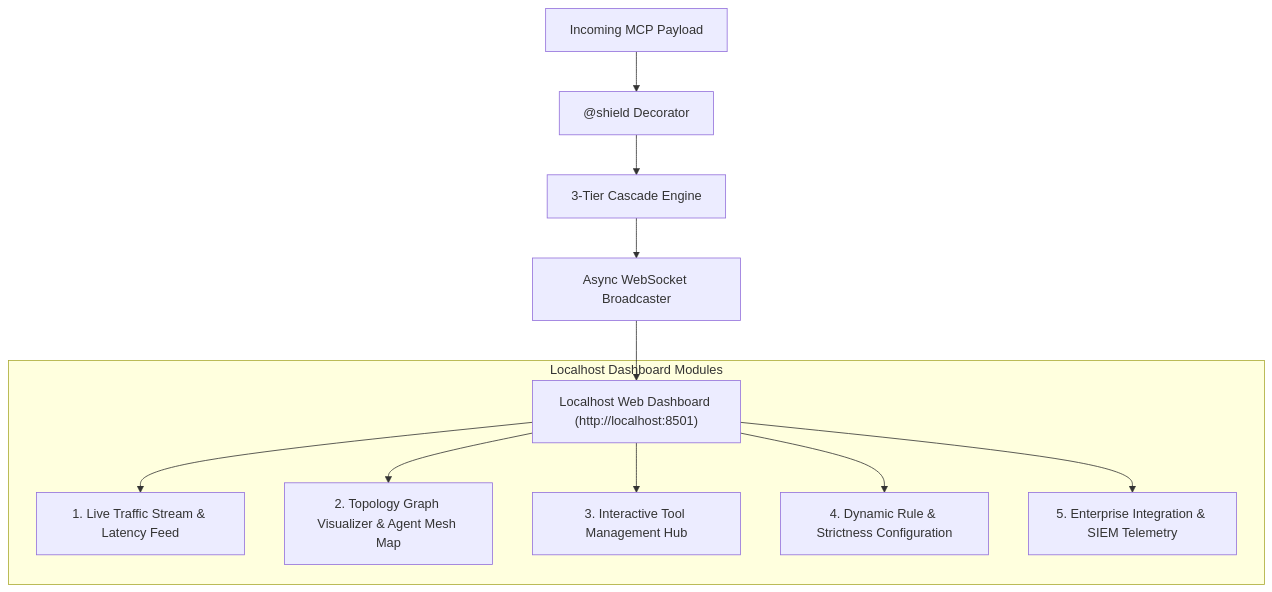
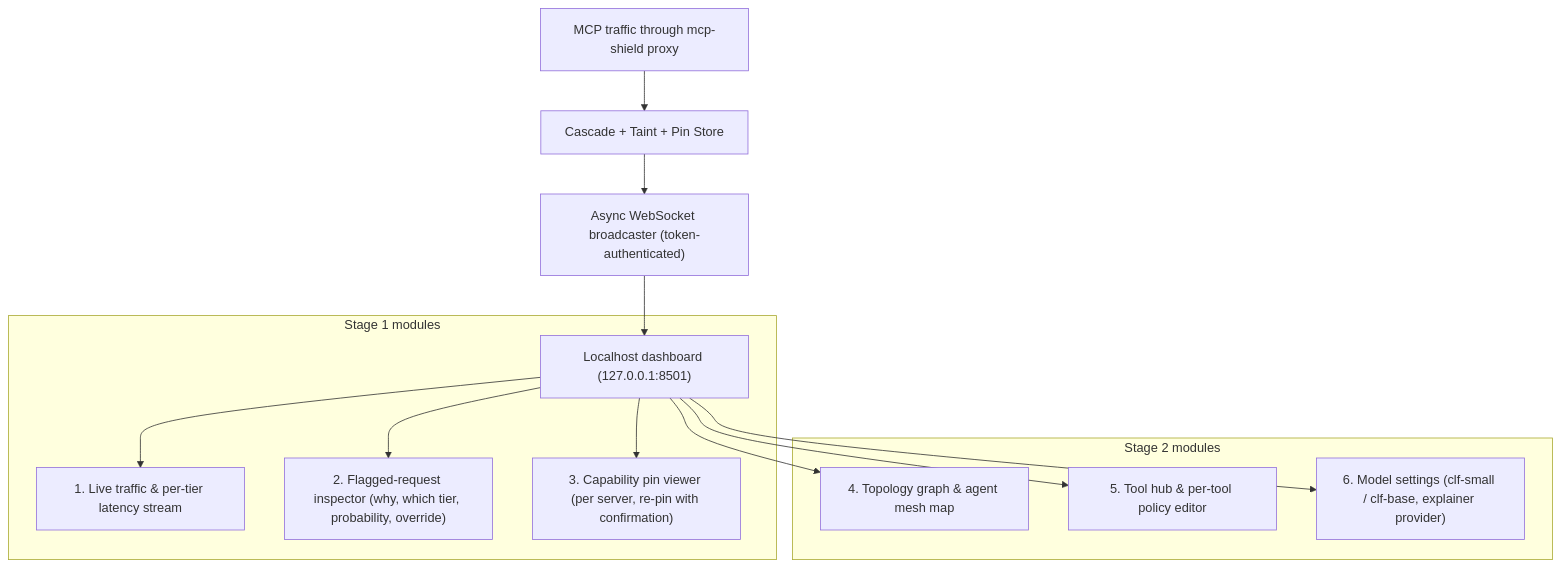
One commit to rishikeshvarma/MCP-Shield changed the first of 5 diagrams in 07 - Model Distribution, PyPI Packaging & Local Dashboard.md. Above: the diagram before and after it, drawn with Mermaid. The commit also changed other lines of this file and 10 other files, not shown here.

````diff
--- a/07 - Model Distribution, PyPI Packaging & Local Dashboard.md
+++ b/07 - Model Distribution, PyPI Packaging & Local Dashboard.md
@@ -91,15 +100,17 @@
 ```mermaid
 graph TD
-    AgentTraffic["Incoming MCP Payload"] --> Decorator["@shield Decorator"]
-    Decorator --> Engine["3-Tier Cascade Engine"]
-    Engine --> WS["Async WebSocket Broadcaster"]
-    WS --> UI["Localhost Web Dashboard (http://localhost:8501)"]
-    
-    subgraph DashboardModules["Localhost Dashboard Modules"]
-        UI --> M1["1. Live Traffic Stream & Latency Feed"]
-        UI --> M2["2. Topology Graph Visualizer & Agent Mesh Map"]
-        UI --> M3["3. Interactive Tool Management Hub"]
-        UI --> M4["4. Dynamic Rule & Strictness Configuration"]
-        UI --> M5["5. Enterprise Integration & SIEM Telemetry"]
+    Traffic["MCP traffic through mcp-shield proxy"] --> Engine["Cascade + Taint + Pin Store"]
+    Engine --> WS["Async WebSocket broadcaster (token-authenticated)"]
+    WS --> UI["Localhost dashboard (127.0.0.1:8501)"]
+
+    subgraph S1["Stage 1 modules"]
+        UI --> M1["1. Live traffic & per-tier latency stream"]
+        UI --> M2["2. Flagged-request inspector (why, which tier, probability, override)"]
+        UI --> M3["3. Capability pin viewer (per server, re-pin with confirmation)"]
+    end
+    subgraph S2["Stage 2 modules"]
+        UI --> M4["4. Topology graph & agent mesh map"]
+        UI --> M5["5. Tool hub & per-tool policy editor"]
+        UI --> M6["6. Model settings (clf-small / clf-base, explainer provider)"]
     end
 ```
````
